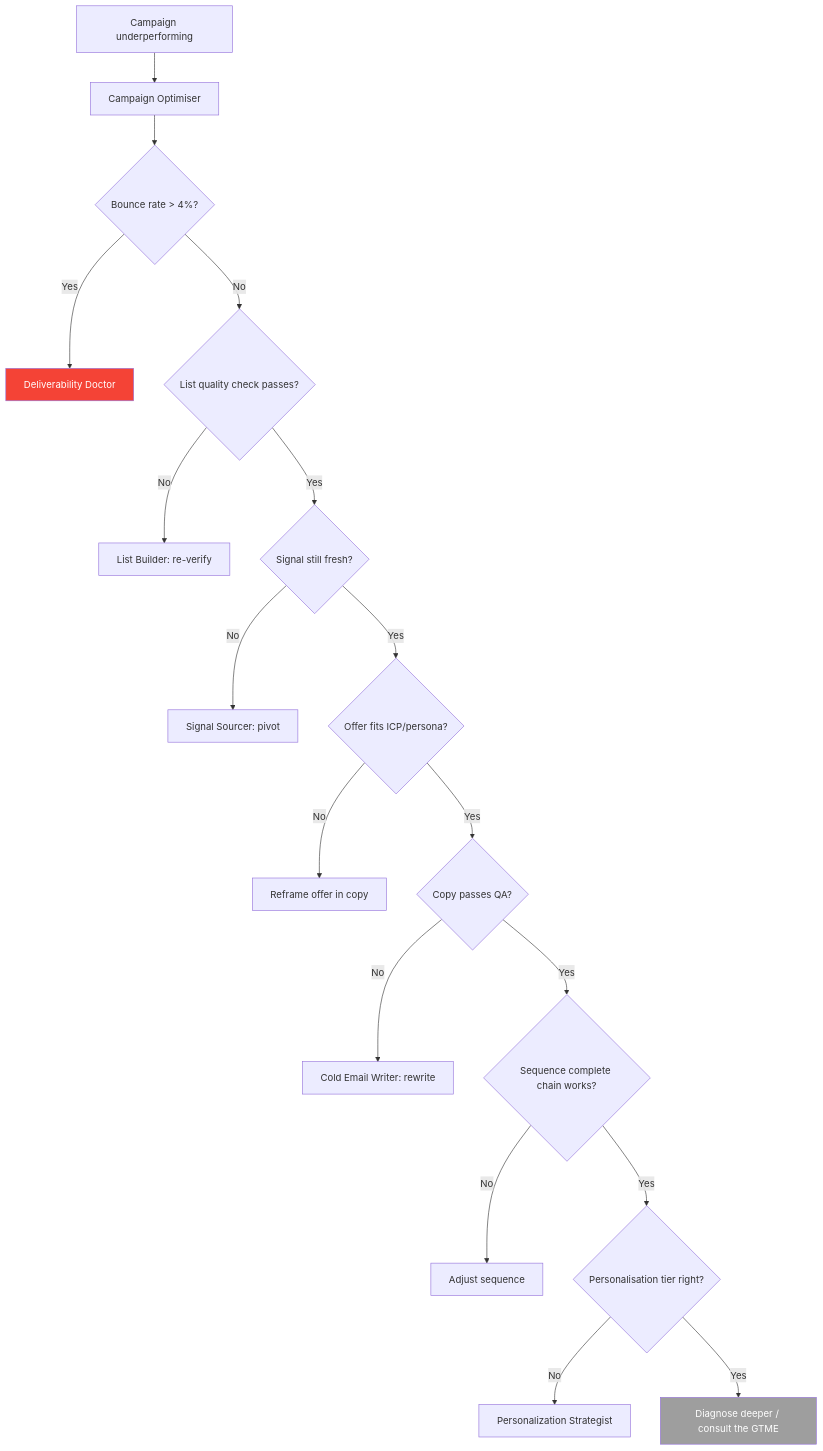
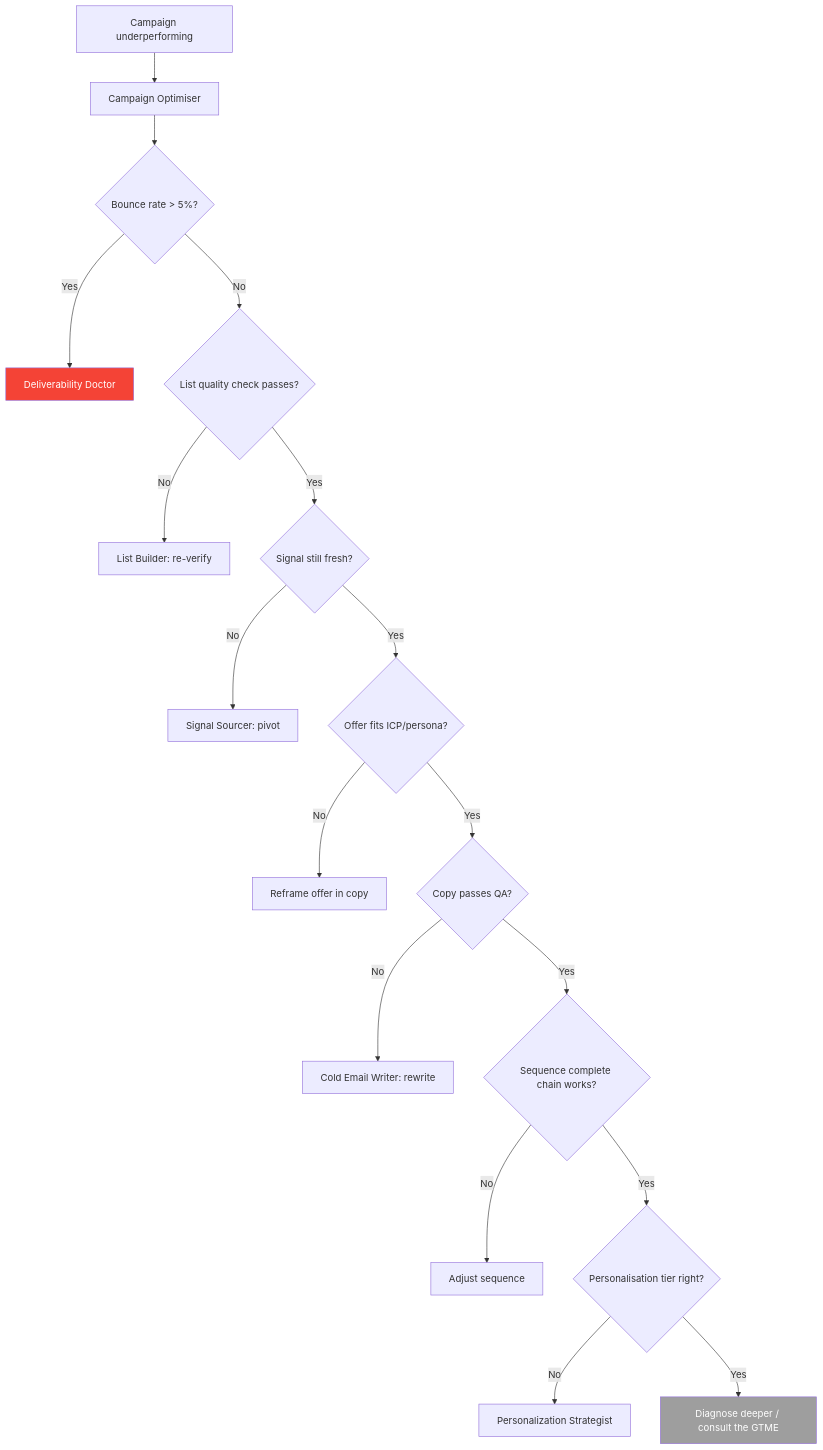
One commit to harryrawles/GTM-Engineer-OS changed the fourth of 8 diagrams in wiki/diagrams.md. Above: the diagram before and after it, drawn with Mermaid. The commit also changed 30 other files, not shown here.

````diff
--- a/wiki/diagrams.md
+++ b/wiki/diagrams.md
@@ -105,22 +105,22 @@
 ```mermaid
 flowchart TD
     A[Campaign underperforming] --> B[Campaign Optimiser]
-    B --> C{Bounce rate > 4%?}
+    B --> C{Bounce rate > 5%?}
     C -->|Yes| D[Deliverability Doctor]
     C -->|No| E{List quality check passes?}
     E -->|No| F[List Builder: re-verify]
     E -->|Yes| G{Signal still fresh?}
     G -->|No| H[Signal Sourcer: pivot]
     G -->|Yes| I{Offer fits ICP/persona?}
     I -->|No| J[Reframe offer in copy]
     I -->|Yes| K{Copy passes QA?}
     K -->|No| L[Cold Email Writer: rewrite]
     K -->|Yes| M{Sequence complete chain works?}
     M -->|No| N[Adjust sequence]
     M -->|Yes| O{Personalisation tier right?}
     O -->|No| P[Personalization Strategist]
     O -->|Yes| Q[Diagnose deeper / consult the GTME]
 
     style D fill:#F44336,color:#fff
     style Q fill:#9E9E9E,color:#fff
 ```
````
